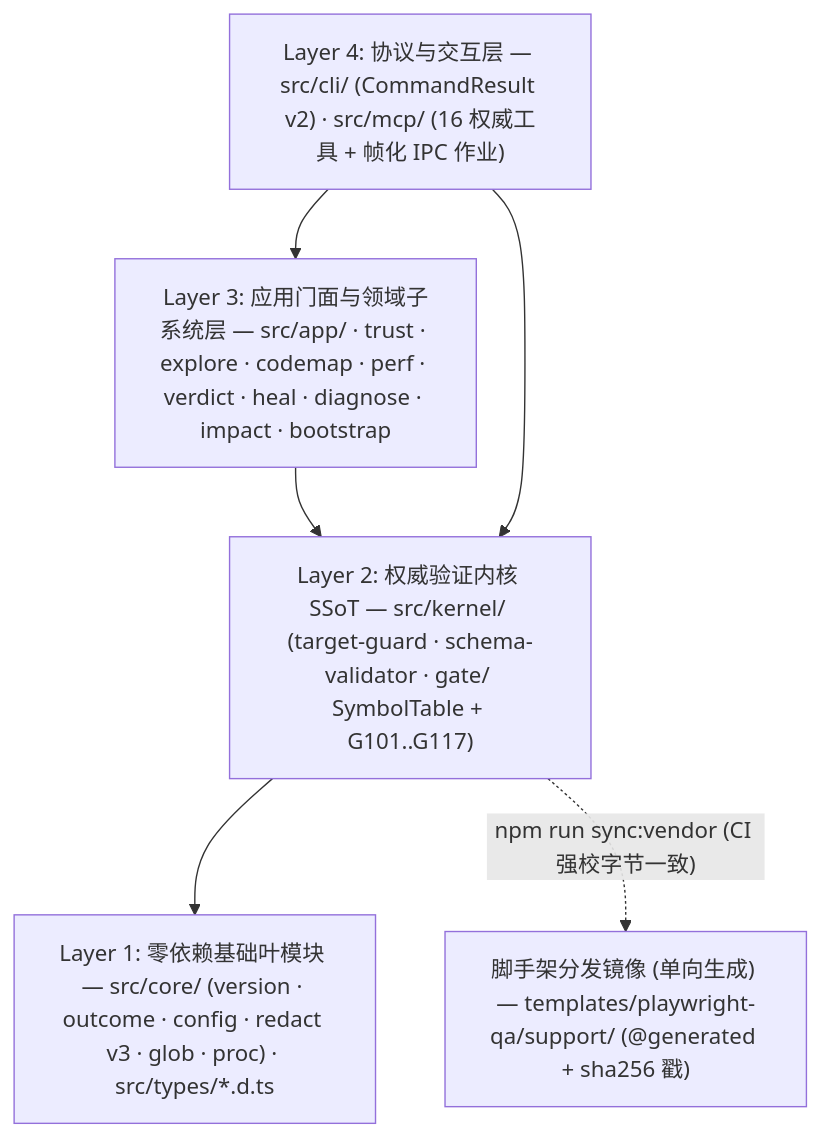
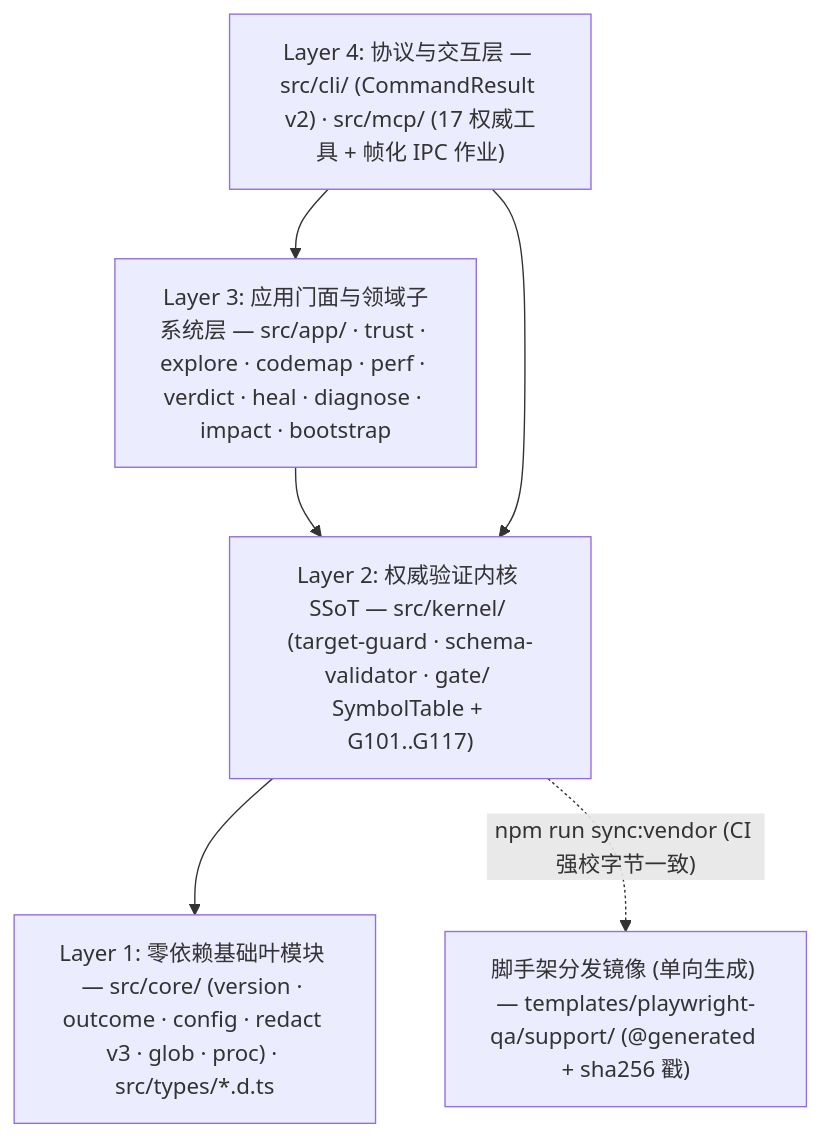
The diagram in README.md (seaworld008/ai-test-workbench), drawn with Mermaid before and after one commit. The commit also changed other lines of this file and 63 other files, not shown here.

````diff
--- a/README.md
+++ b/README.md
@@ -84,12 +84,12 @@
 ```mermaid
 flowchart TB
-    L4["Layer 4: 协议与交互层 — src/cli/ (CommandResult v2) · src/mcp/ (16 权威工具 + 帧化 IPC 作业)"]
+    L4["Layer 4: 协议与交互层 — src/cli/ (CommandResult v2) · src/mcp/ (17 权威工具 + 帧化 IPC 作业)"]
     L3["Layer 3: 应用门面与领域子系统层 — src/app/ · trust · explore · codemap · perf · verdict · heal · diagnose · impact · bootstrap"]
     L2["Layer 2: 权威验证内核 SSoT — src/kernel/ (target-guard · schema-validator · gate/ SymbolTable + G101..G117)"]
     L1["Layer 1: 零依赖基础叶模块 — src/core/ (version · outcome · config · redact v3 · glob · proc) · src/types/*.d.ts"]
     TPL["脚手架分发镜像 (单向生成) — templates/playwright-qa/support/ (@generated + sha256 戳)"]
 
     L4 --> L3 --> L2 --> L1
     L4 --> L2
     L2 -. "npm run sync:vendor (CI 强校字节一致)" .-> TPL
 ```
````
